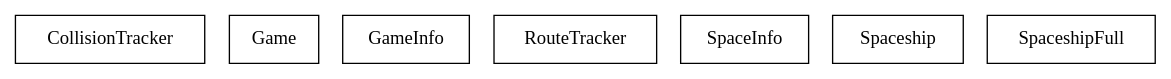
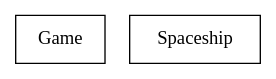
Before and after one commit to moizalicious/little-rocket-man: the diagram in bdp/little_rocket_man.dot, drawn with Graphviz. The commit also changed 18 other files, not shown here.

```diff
--- a/bdp/little_rocket_man.dot
+++ b/bdp/little_rocket_man.dot
@@ -1,10 +1,5 @@
 digraph {
-CollisionTracker [ label=" CollisionTracker " shape= box ]
 Game [ label=" Game " shape= box ]
-GameInfo [ label=" GameInfo " shape= box ]
-RouteTracker [ label=" RouteTracker " shape= box ]
-SpaceInfo [ label=" SpaceInfo " shape= box ]
 Spaceship [ label=" Spaceship " shape= box ]
-SpaceshipFull [ label=" SpaceshipFull " shape= box ]
 
 }
```
